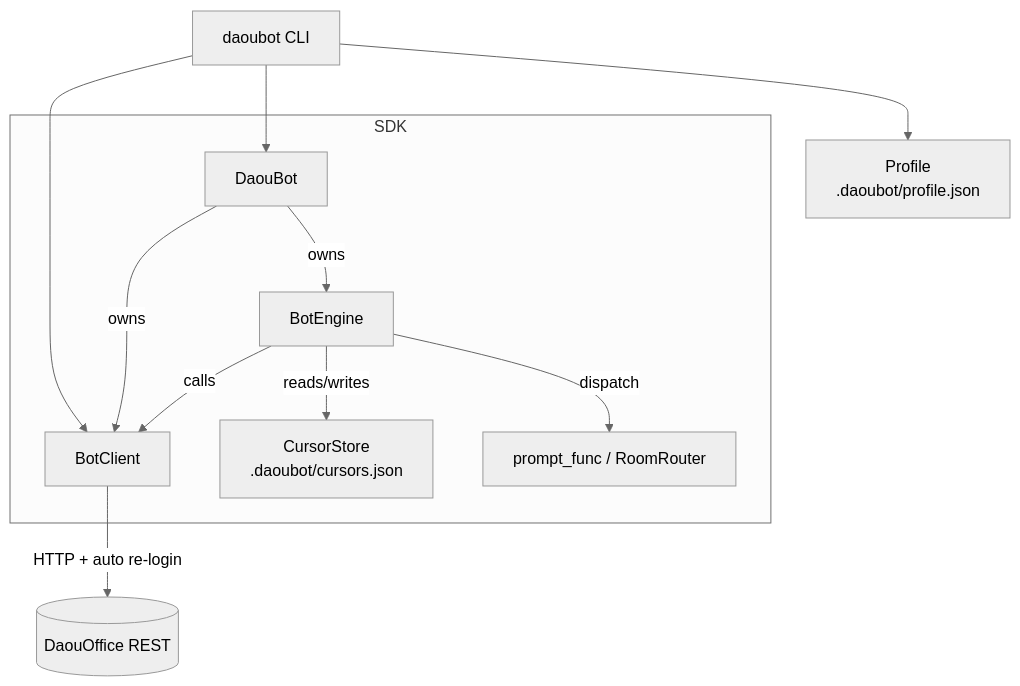
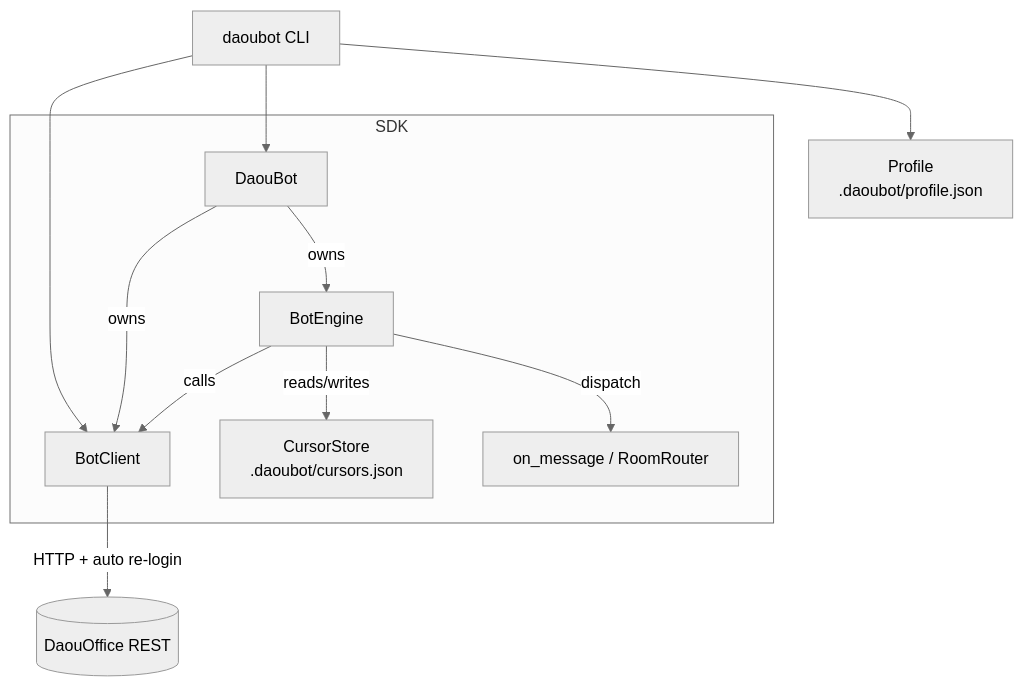
The second of 5 diagrams in docs/ARCHITECTURE.md (junsik/python-daouoffice-bot), drawn with Mermaid (neutral theme) before and after one commit. The commit also changed other lines of this file and 13 other files, not shown here.

First line of the commit message:
Rename prompt_func → on_message; make examples explicit/readable

````diff
--- a/docs/ARCHITECTURE.md
+++ b/docs/ARCHITECTURE.md
@@ -35,16 +35,16 @@
 ```mermaid
 flowchart TD
     CLI[daoubot CLI] --> DaouBot
     CLI --> BotClient
     CLI --> Profile["Profile<br/>.daoubot/profile.json"]
 
     subgraph SDK
         DaouBot -->|owns| BotEngine
         DaouBot -->|owns| BotClient
         BotEngine -->|calls| BotClient
         BotEngine -->|reads/writes| CursorStore["CursorStore<br/>.daoubot/cursors.json"]
-        BotEngine -->|dispatch| PF["prompt_func / RoomRouter"]
+        BotEngine -->|dispatch| PF["on_message / RoomRouter"]
     end
 
     BotClient -->|HTTP + auto re-login| API[(DaouOffice REST)]
 ```
````
